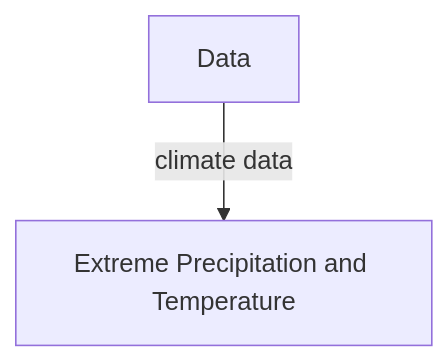
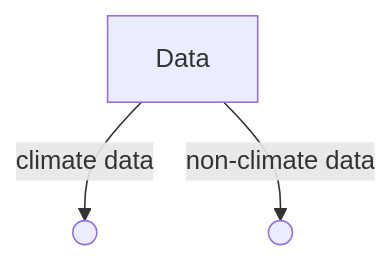
One commit to datakruroo/datakruroo.github.io changed the first of 8 diagrams in UNICEF/Presentation/presentation_unicef.qmd. Above: the diagram before and after it, drawn with Mermaid. The commit also changed other lines of this file and 160 other files, not shown here.

````diff
--- a/UNICEF/Presentation/presentation_unicef.qmd
+++ b/UNICEF/Presentation/presentation_unicef.qmd
@@ -88,4 +82,5 @@
 ```{mermaid}
 flowchart TD
-A[Data]--climate data-->B[Extreme Precipitation and Temperature]
+A[Data]--climate data-->B((" "))
+A[Data]--non-climate data-->C((" "))
 ```
````
